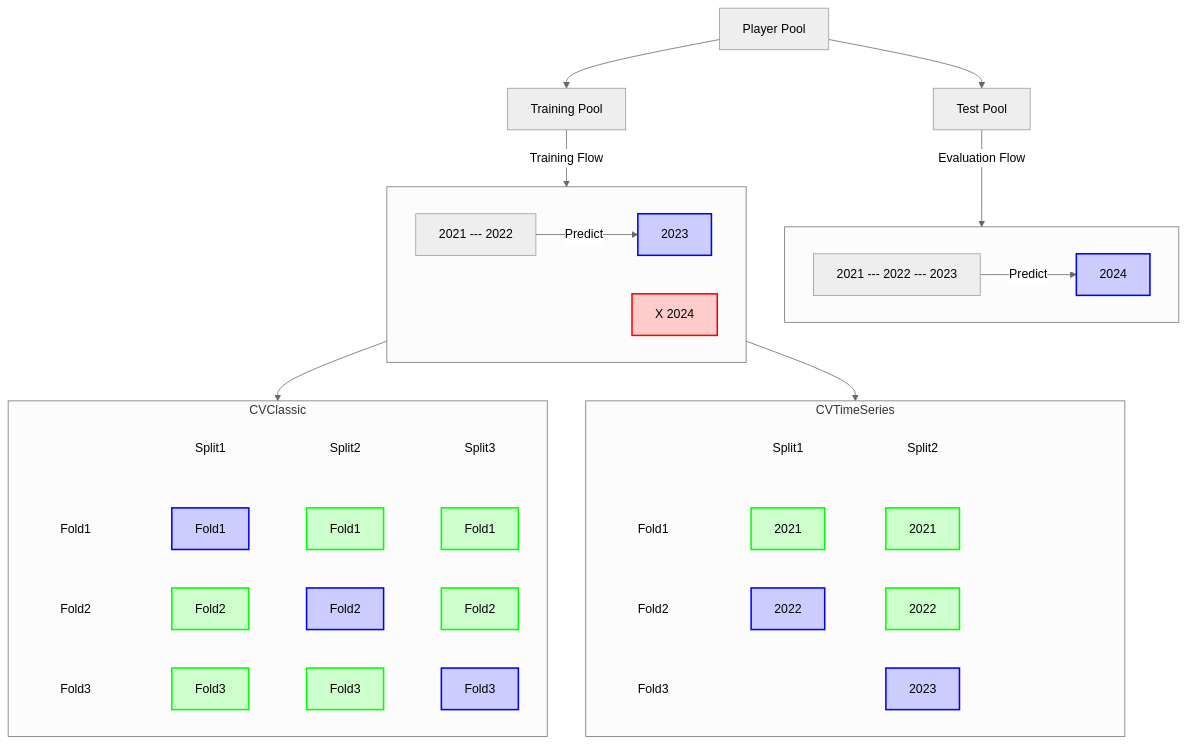
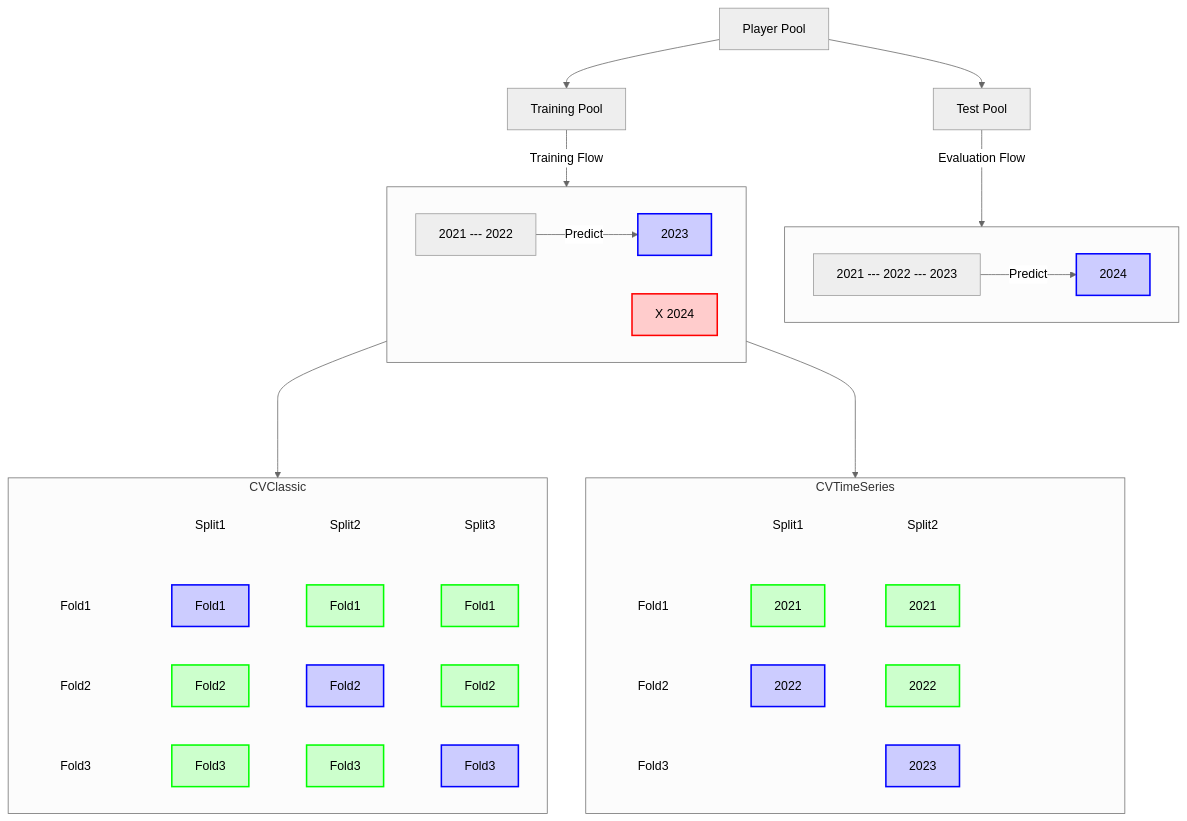
One commit to loganthomas/mlb-pitcher-xK changed the diagram in README.md. Above: the diagram before and after it, drawn with Mermaid (neutral theme). The commit also changed 9 other files, not shown here.

```diff
--- a/README.md
+++ b/README.md
@@ -118,8 +118,8 @@
         Fold6 ~~~ Fold9
     end
 
-    TrainingFlow --> CVClassic
-    TrainingFlow --> CVTimeSeries
+    TrainingFlow ----> CVClassic
+    TrainingFlow ----> CVTimeSeries
 
     classDef red fill:#FFCCCC,stroke:#FF0000,stroke-width:2px;
     classDef green fill:#CCFFCC,stroke:#00FF00,stroke-width:2px;
```
